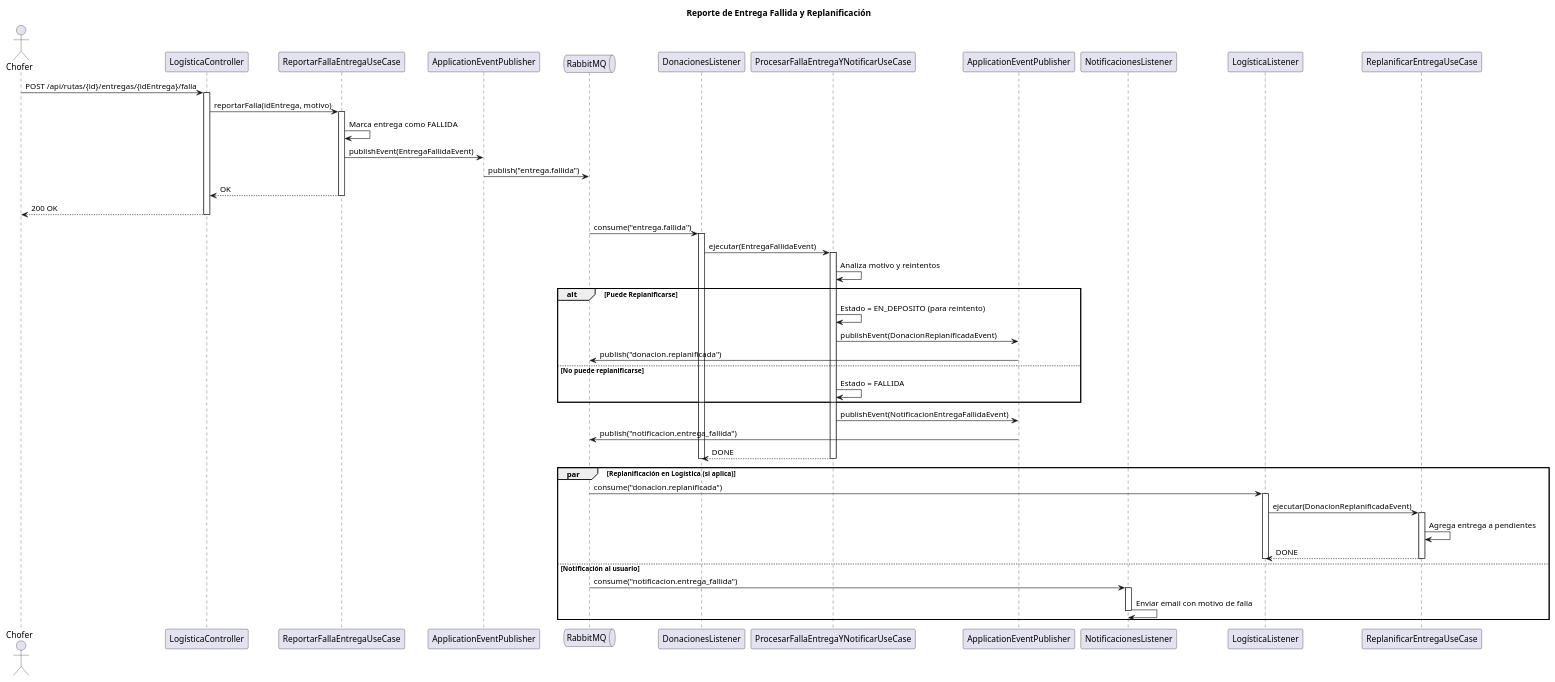
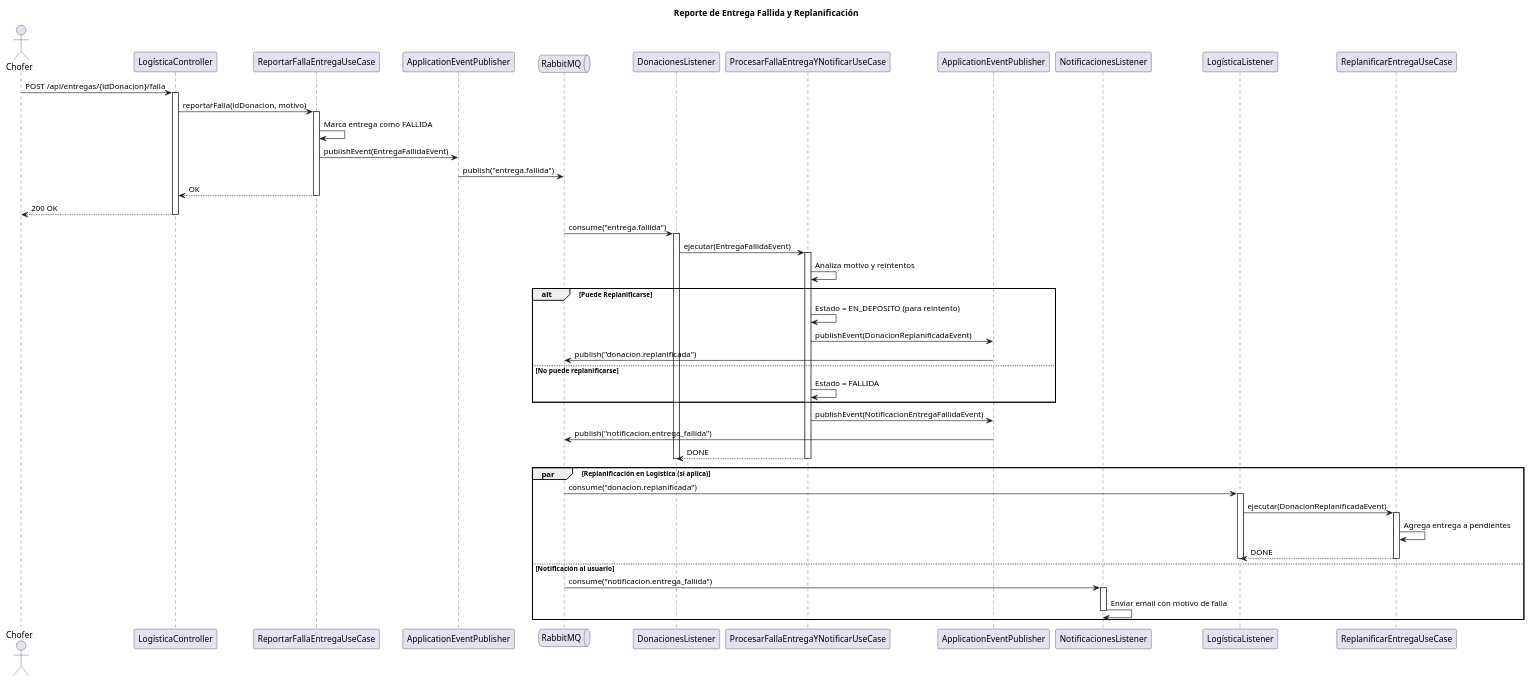
One commit to matefernandezcc/DonaTrack changed the diagram in diagramas/secuencias/Secuencia-EntregaFallida.puml. Above: the diagram before and after it, drawn with PlantUML. The commit also changed 3 other files, not shown here.

Commit message:
DOC: Cambios en los diagramas

```diff
--- a/diagramas/secuencias/Secuencia-EntregaFallida.puml
+++ b/diagramas/secuencias/Secuencia-EntregaFallida.puml
@@ -1,62 +1,63 @@
 @startuml Secuencia-EntregaFallida
+!pragma layout smetana
 title Reporte de Entrega Fallida y Replanificación
 
 actor "Chofer" as chofer
 participant "LogísticaController" as logCtrl
 participant "ReportarFallaEntregaUseCase" as fallaEntrega
 participant "ApplicationEventPublisher" as logPub
 queue "RabbitMQ" as mq
 participant "DonacionesListener" as donListener
 participant "ProcesarFallaEntregaYNotificarUseCase" as procFalla
 participant "ApplicationEventPublisher" as donPub
 participant "NotificacionesListener" as notiListener
 participant "LogísticaListener" as logListener
 participant "ReplanificarEntregaUseCase" as replanUseCase
 
-chofer -> logCtrl: POST /api/rutas/{id}/entregas/{idEntrega}/falla
+chofer -> logCtrl: POST /api/entregas/{idDonacion}/falla
 activate logCtrl
-logCtrl -> fallaEntrega: reportarFalla(idEntrega, motivo)
+logCtrl -> fallaEntrega: reportarFalla(idDonacion, motivo)
 activate fallaEntrega
 fallaEntrega -> fallaEntrega: Marca entrega como FALLIDA
 fallaEntrega -> logPub: publishEvent(EntregaFallidaEvent)
 logPub -> mq: publish("entrega.fallida")
 fallaEntrega --> logCtrl: OK
 deactivate fallaEntrega
 logCtrl --> chofer: 200 OK
 deactivate logCtrl
 
 mq -> donListener: consume("entrega.fallida")
 activate donListener
 donListener -> procFalla: ejecutar(EntregaFallidaEvent)
 activate procFalla
 procFalla -> procFalla: Analiza motivo y reintentos
 alt Puede Replanificarse
     procFalla -> procFalla: Estado = EN_DEPOSITO (para reintento)
     procFalla -> donPub: publishEvent(DonacionReplanificadaEvent)
     donPub -> mq: publish("donacion.replanificada")
 else No puede replanificarse
     procFalla -> procFalla: Estado = FALLIDA
 end
 procFalla -> donPub: publishEvent(NotificacionEntregaFallidaEvent)
 donPub -> mq: publish("notificacion.entrega_fallida")
 procFalla --> donListener: DONE
 deactivate procFalla
 deactivate donListener
 
 par Replanificación en Logística (si aplica)
     mq -> logListener: consume("donacion.replanificada")
     activate logListener
     logListener -> replanUseCase: ejecutar(DonacionReplanificadaEvent)
     activate replanUseCase
     replanUseCase -> replanUseCase: Agrega entrega a pendientes
     replanUseCase --> logListener: DONE
     deactivate replanUseCase
     deactivate logListener
 else Notificación al usuario
     mq -> notiListener: consume("notificacion.entrega_fallida")
     activate notiListener
     notiListener -> notiListener: Enviar email con motivo de falla
     deactivate notiListener
 end
 
 @enduml
```
